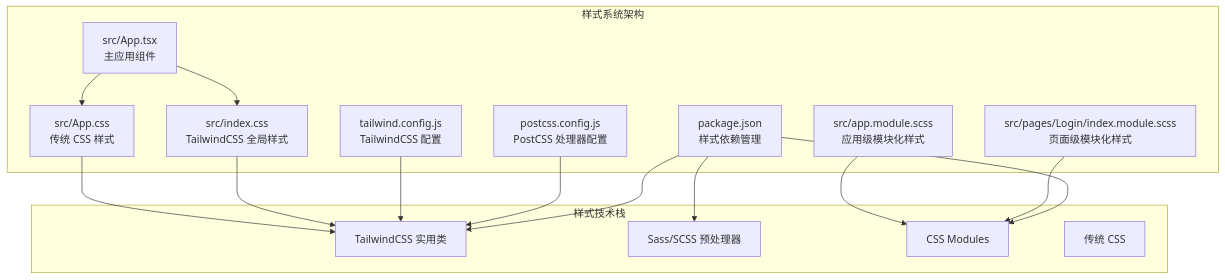
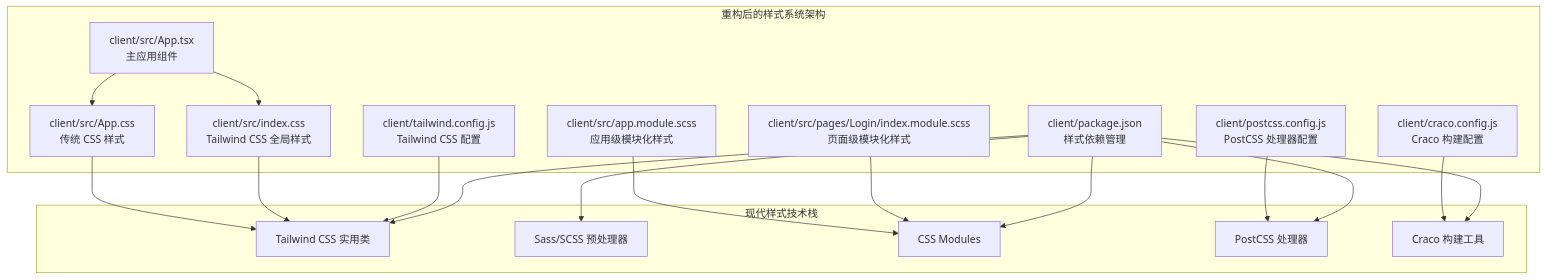
The first of 7 diagrams in .qoder/repowiki/zh/content/核心组件/样式系统.md (kkxxll/reactNext), drawn with Mermaid before and after one commit. The commit also changed other lines of this file and 12 other files, not shown here.

````diff
--- a/.qoder/repowiki/zh/content/核心组件/样式系统.md
+++ b/.qoder/repowiki/zh/content/核心组件/样式系统.md
@@ -55,30 +61,35 @@
 ```mermaid
 graph TB
-subgraph "样式系统架构"
-A[src/App.tsx<br/>主应用组件]
-B[src/App.css<br/>传统 CSS 样式]
-C[src/index.css<br/>TailwindCSS 全局样式]
-D[src/app.module.scss<br/>应用级模块化样式]
-E[src/pages/Login/index.module.scss<br/>页面级模块化样式]
-F[tailwind.config.js<br/>TailwindCSS 配置]
-G[postcss.config.js<br/>PostCSS 处理器配置]
-H[package.json<br/>样式依赖管理]
+subgraph "重构后的样式系统架构"
+A[client/src/App.tsx<br/>主应用组件]
+B[client/src/App.css<br/>传统 CSS 样式]
+C[client/src/index.css<br/>Tailwind CSS 全局样式]
+D[client/src/app.module.scss<br/>应用级模块化样式]
+E[client/src/pages/Login/index.module.scss<br/>页面级模块化样式]
+F[client/tailwind.config.js<br/>Tailwind CSS 配置]
+G[client/postcss.config.js<br/>PostCSS 处理器配置]
+H[client/craco.config.js<br/>Craco 构建配置]
+I[client/package.json<br/>样式依赖管理]
 end
-subgraph "样式技术栈"
-I[TailwindCSS 实用类]
-J[Sass/SCSS 预处理器]
-K[CSS Modules]
-L[传统 CSS]
+subgraph "现代样式技术栈"
+J[Tailwind CSS 实用类]
+K[Sass/SCSS 预处理器]
+L[CSS Modules]
+M[PostCSS 处理器]
+N[Craco 构建工具]
 end
 A --> B
 A --> C
-B --> I
-C --> I
-D --> K
-E --> K
-F --> I
-G --> I
-H --> I
-H --> J
-H --> K
+B --> J
+C --> J
+D --> L
+E --> L
+F --> J
+G --> M
+H --> N
+I --> J
+I --> K
+I --> L
+I --> M
+I --> N
 ```
````
